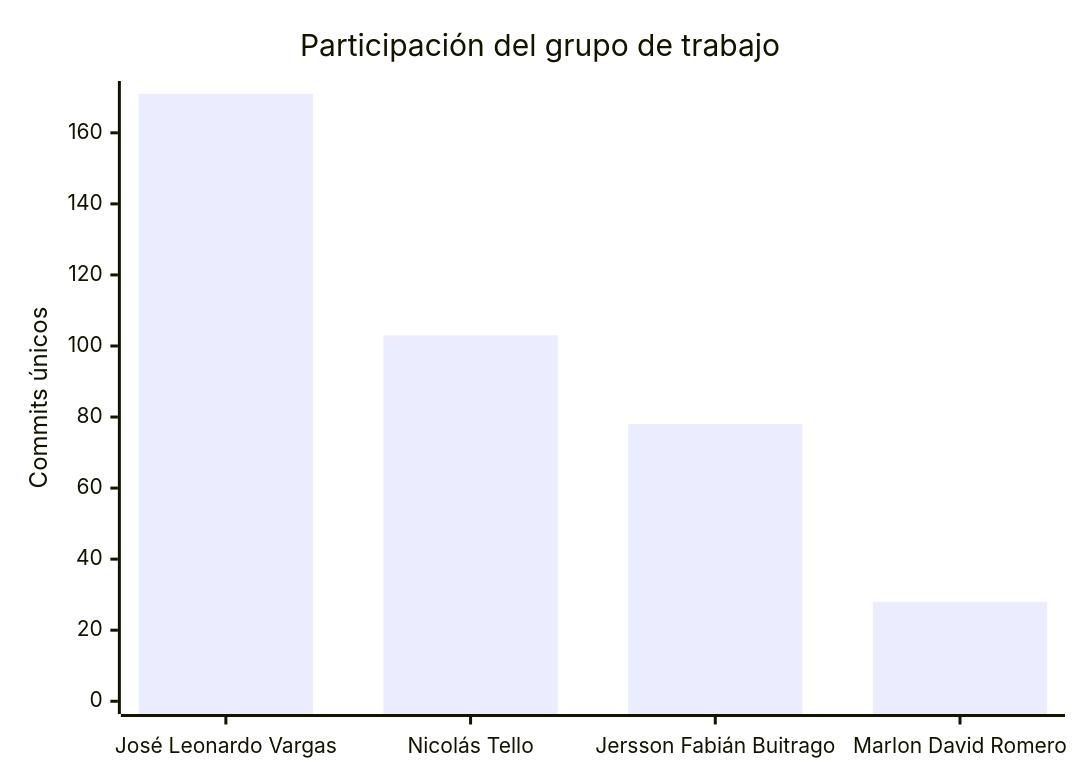
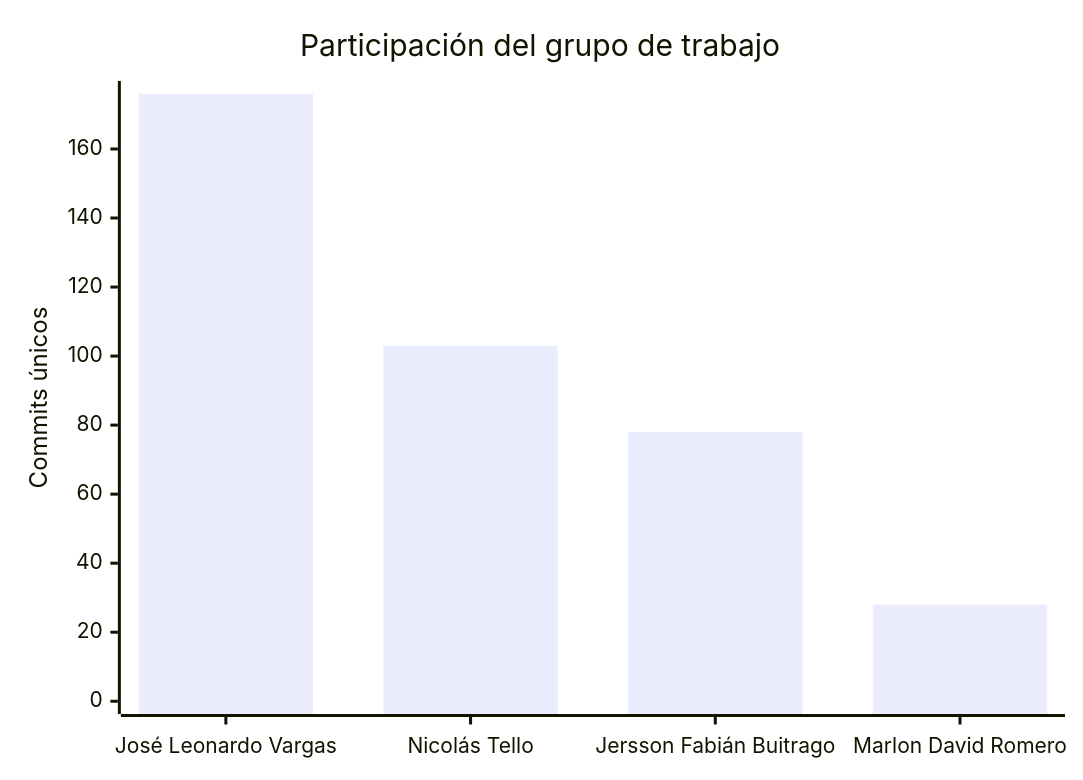
The second of 2 diagrams in README.md (FarmaExpres/FarmaExpres), drawn with Mermaid before and after one commit. The commit also changed other lines of this file and 1 other file, not shown here.

````diff
--- a/README.md
+++ b/README.md
@@ -401,7 +401,7 @@
 ```mermaid
 xychart-beta
     title "Participación del grupo de trabajo"
     x-axis ["José Leonardo Vargas", "Nicolás Tello", "Jersson Fabián Buitrago", "Marlon David Romero"]
-    y-axis "Commits únicos" 0 --> 171
-    bar [171, 103, 78, 28]
+    y-axis "Commits únicos" 0 --> 176
+    bar [176, 103, 78, 28]
 ```
````
